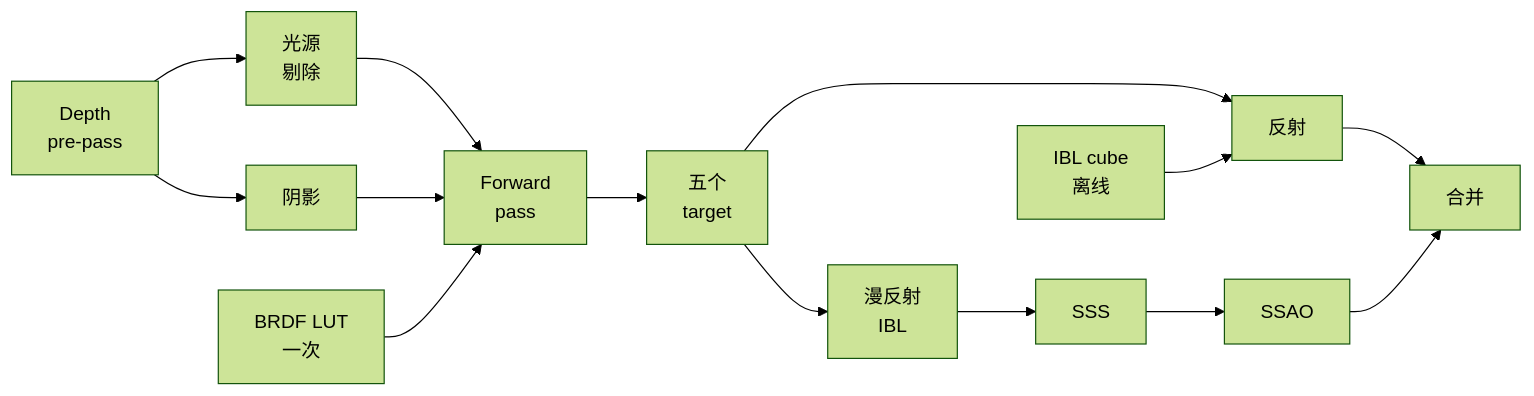
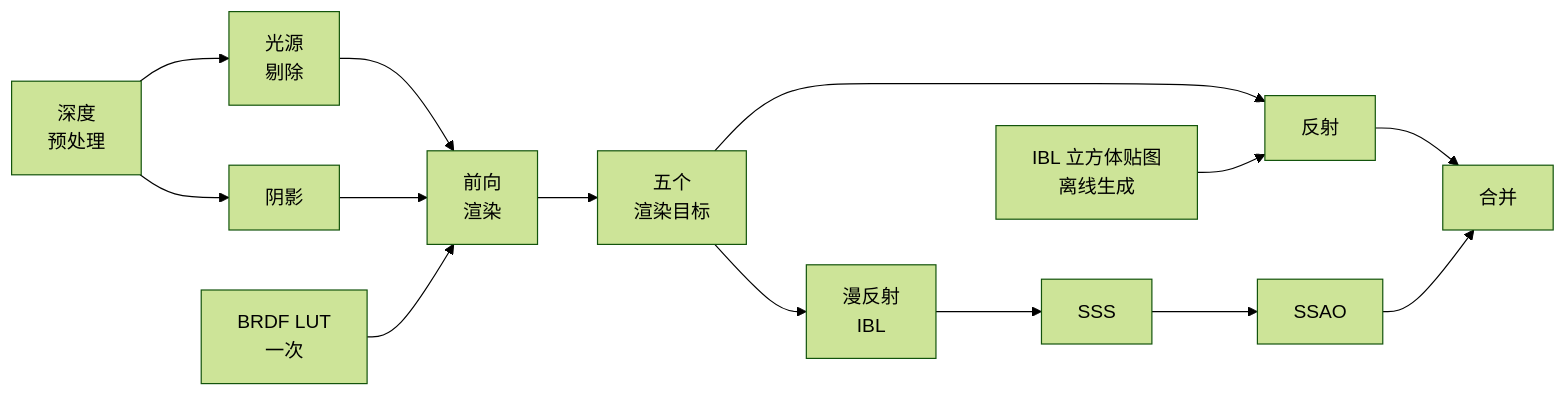
The diagram in packages/o3de_lighting/video/zh-CN/diagrams/frame.mmd (OppositeNor/render-lab), drawn with Mermaid (forest theme) before and after one commit. The commit also changed 122 other files, not shown here.

```diff
--- a/packages/o3de_lighting/video/zh-CN/diagrams/frame.mmd
+++ b/packages/o3de_lighting/video/zh-CN/diagrams/frame.mmd
@@ -1,14 +1,14 @@
 flowchart LR
-    DEPTH["Depth<br/>pre-pass"] --> CULL["光源<br/>剔除"]
+    DEPTH["深度<br/>预处理"] --> CULL["光源<br/>剔除"]
     DEPTH --> SHADOW["阴影"]
-    CULL --> FWD["Forward<br/>pass"]
+    CULL --> FWD["前向<br/>渲染"]
     SHADOW --> FWD
     LUT["BRDF LUT<br/>一次"] --> FWD
-    FWD --> TARGETS["五个<br/>target"]
+    FWD --> TARGETS["五个<br/>渲染目标"]
     TARGETS --> DIFF["漫反射<br/>IBL"]
     TARGETS --> REFL["反射"]
-    CUBES["IBL cube<br/>离线"] --> REFL
+    CUBES["IBL 立方体贴图<br/>离线生成"] --> REFL
     DIFF --> SSS["SSS"]
     SSS --> AO["SSAO"]
     REFL --> MERGE["合并"]
     AO --> MERGE
```
